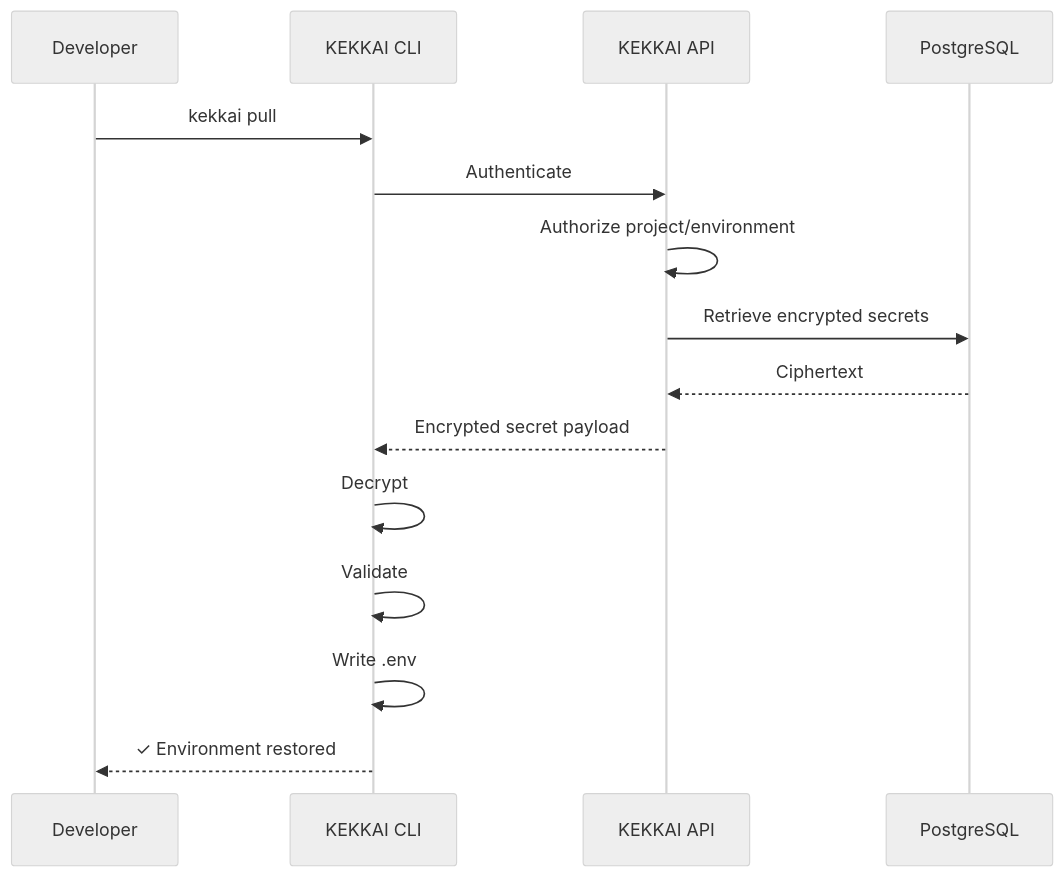
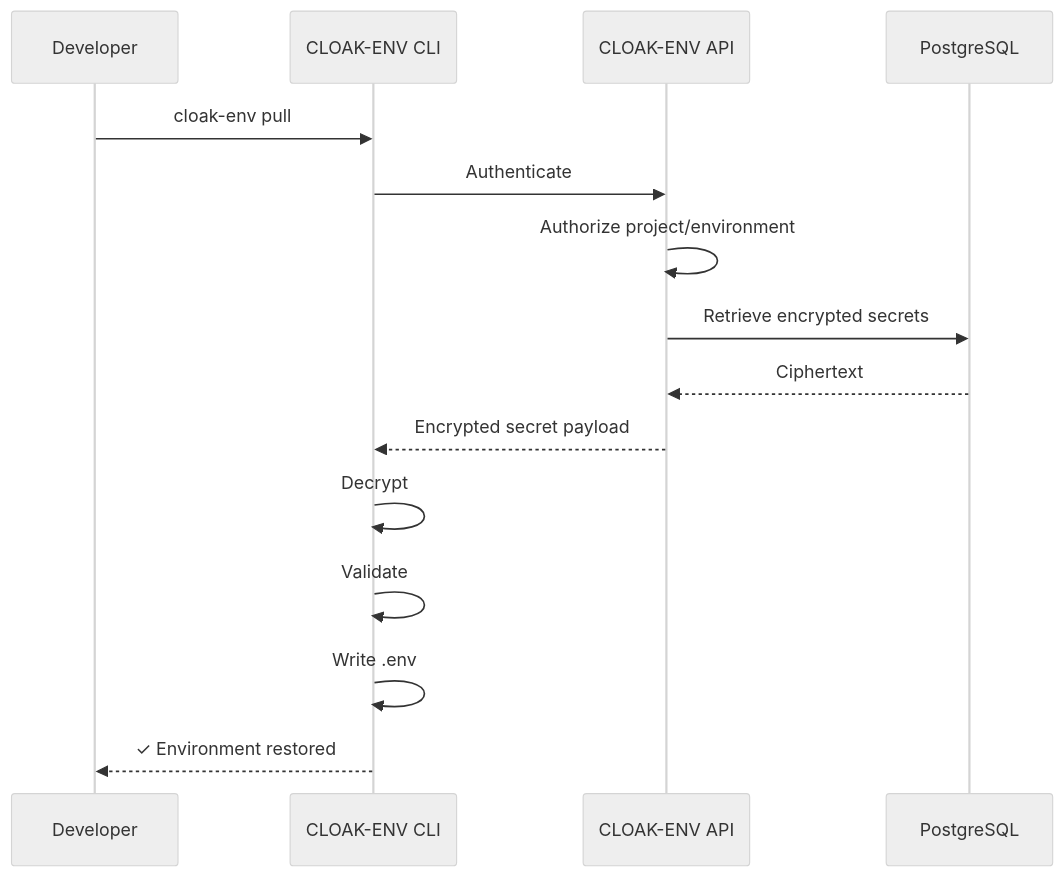
Before and after one commit to aninda8680/Kekkai: the fourth of 6 diagrams in KEKKAI_Project_Specification.md, drawn with Mermaid (neutral theme). The commit also changed other lines of this file and 45 other files, not shown here.

````diff
--- a/KEKKAI_Project_Specification.md
+++ b/KEKKAI_Project_Specification.md
@@ -846,18 +846,18 @@
 ```mermaid
 sequenceDiagram
     participant Dev as Developer
-    participant CLI as KEKKAI CLI
-    participant API as KEKKAI API
+    participant CLI as CLOAK-ENV CLI
+    participant API as CLOAK-ENV API
     participant DB as PostgreSQL
 
-    Dev->>CLI: kekkai pull
+    Dev->>CLI: cloak-env pull
     CLI->>API: Authenticate
     API->>API: Authorize project/environment
     API->>DB: Retrieve encrypted secrets
     DB-->>API: Ciphertext
     API-->>CLI: Encrypted secret payload
     CLI->>CLI: Decrypt
     CLI->>CLI: Validate
     CLI->>CLI: Write .env
     CLI-->>Dev: ✓ Environment restored
 ```
````
